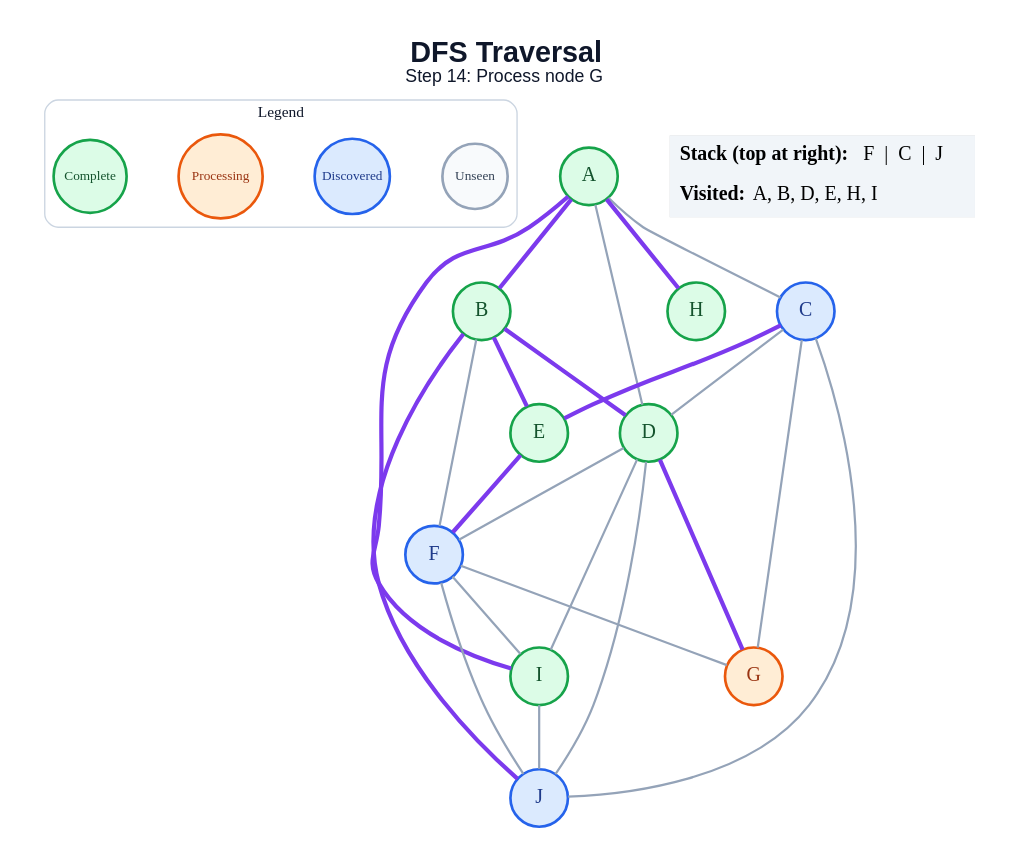
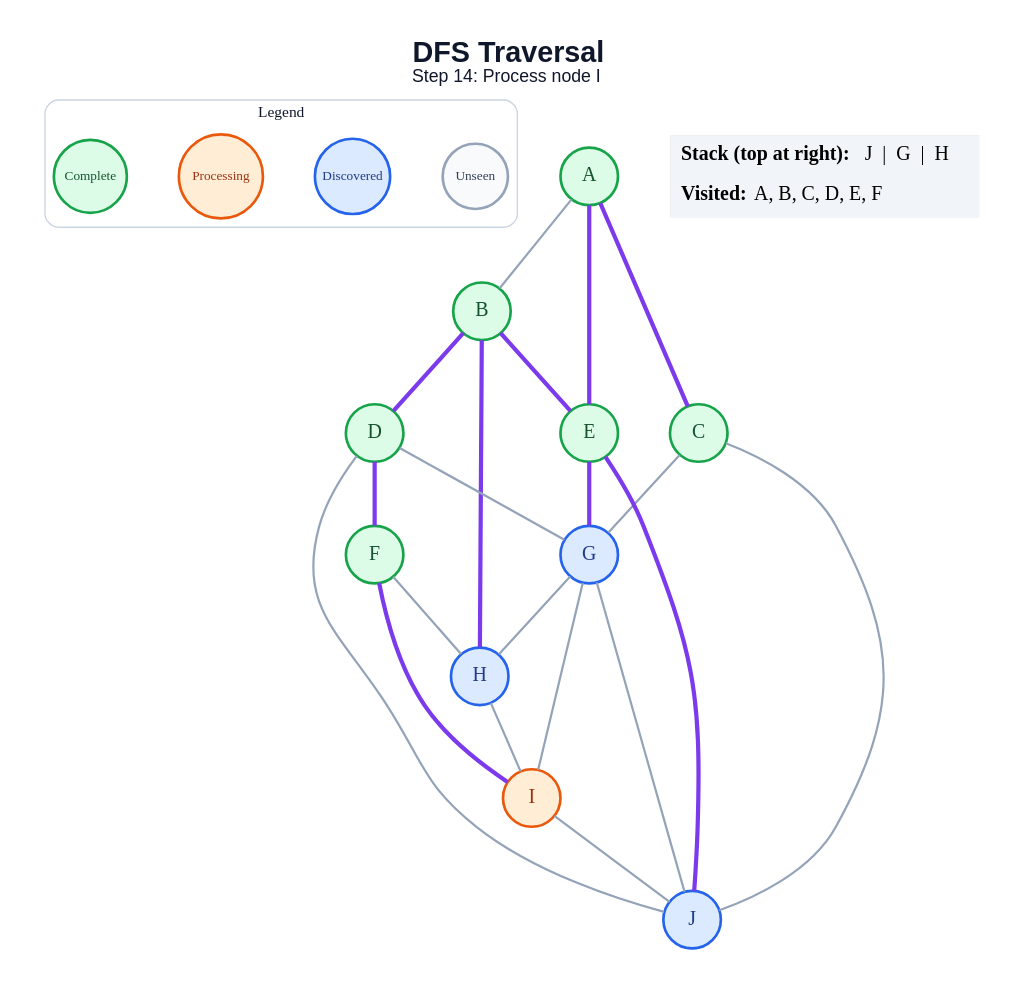
Before and after one commit to anon7238593-create/ai-slop: the diagram in generated/specific-node/dfs/step_14.dot, drawn with Graphviz. The commit also changed 171 other files, not shown here.

```diff
--- a/generated/specific-node/dfs/step_14.dot
+++ b/generated/specific-node/dfs/step_14.dot
@@ -1,51 +1,49 @@
 graph traversal {
   graph [layout=dot, rankdir=TB, bgcolor="#FFFFFF", pad="0.35", nodesep="0.65", ranksep="0.8", fontname="Arial"];
   node [shape=circle, style="filled", fontname="Arial Bold", fontsize=18, width=0.72, fixedsize=true, penwidth=2.4];
   edge [color="#94A3B8", penwidth=2.0];
-  label=<<B>DFS Traversal</B><BR/><FONT POINT-SIZE="16">Step 14: Process node G</FONT>>; labelloc="t"; fontsize=26; fontname="Arial"; fontcolor="#0F172A";
+  label=<<B>DFS Traversal</B><BR/><FONT POINT-SIZE="16">Step 14: Process node I</FONT>>; labelloc="t"; fontsize=26; fontname="Arial"; fontcolor="#0F172A";
   subgraph cluster_legend { label="Legend"; color="#CBD5E1"; penwidth=1.2; style="rounded"; fontsize=14; fontname="Arial Bold";
     key_unseen [label="Unseen", fillcolor="#F8FAFC", color="#94A3B8", fontcolor="#334155", fontsize=12, width=0.82];
     key_frontier [label="Discovered", fillcolor="#DBEAFE", color="#2563EB", fontcolor="#1E3A8A", fontsize=12, width=0.95];
     key_current [label="Processing", fillcolor="#FFEDD5", color="#EA580C", fontcolor="#9A3412", fontsize=12, width=1.05];
     key_done [label="Complete", fillcolor="#DCFCE7", color="#16A34A", fontcolor="#14532D", fontsize=12, width=0.92];
     { rank=same; key_unseen; key_frontier; key_current; key_done; }
   }
   A [fillcolor="#DCFCE7", color="#16A34A", fontcolor="#14532D"];
   B [fillcolor="#DCFCE7", color="#16A34A", fontcolor="#14532D"];
-  C [fillcolor="#DBEAFE", color="#2563EB", fontcolor="#1E3A8A"];
+  C [fillcolor="#DCFCE7", color="#16A34A", fontcolor="#14532D"];
   D [fillcolor="#DCFCE7", color="#16A34A", fontcolor="#14532D"];
   E [fillcolor="#DCFCE7", color="#16A34A", fontcolor="#14532D"];
-  F [fillcolor="#DBEAFE", color="#2563EB", fontcolor="#1E3A8A"];
-  G [fillcolor="#FFEDD5", color="#EA580C", fontcolor="#9A3412"];
-  H [fillcolor="#DCFCE7", color="#16A34A", fontcolor="#14532D"];
-  I [fillcolor="#DCFCE7", color="#16A34A", fontcolor="#14532D"];
+  F [fillcolor="#DCFCE7", color="#16A34A", fontcolor="#14532D"];
+  G [fillcolor="#DBEAFE", color="#2563EB", fontcolor="#1E3A8A"];
+  H [fillcolor="#DBEAFE", color="#2563EB", fontcolor="#1E3A8A"];
+  I [fillcolor="#FFEDD5", color="#EA580C", fontcolor="#9A3412"];
   J [fillcolor="#DBEAFE", color="#2563EB", fontcolor="#1E3A8A"];
-  A -- B [color="#7C3AED", penwidth=3.8];
-  A -- C;
-  A -- D;
-  A -- H [color="#7C3AED", penwidth=3.8];
-  A -- I [color="#7C3AED", penwidth=3.8];
+  A -- B;
+  A -- C [color="#7C3AED", penwidth=3.8];
+  A -- E [color="#7C3AED", penwidth=3.8];
   B -- D [color="#7C3AED", penwidth=3.8];
   B -- E [color="#7C3AED", penwidth=3.8];
-  B -- F;
-  B -- J [color="#7C3AED", penwidth=3.8];
-  C -- D;
-  C -- E [color="#7C3AED", penwidth=3.8];
+  B -- H [color="#7C3AED", penwidth=3.8];
   C -- G;
   C -- J;
-  D -- F;
-  D -- G [color="#7C3AED", penwidth=3.8];
-  D -- I;
+  D -- F [color="#7C3AED", penwidth=3.8];
+  D -- G;
   D -- J;
-  E -- F [color="#7C3AED", penwidth=3.8];
-  F -- G;
-  F -- I;
-  F -- J;
+  E -- G [color="#7C3AED", penwidth=3.8];
+  E -- J [color="#7C3AED", penwidth=3.8];
+  F -- H;
+  F -- I [color="#7C3AED", penwidth=3.8];
+  G -- H;
+  G -- I;
+  G -- J;
+  H -- I;
   I -- J;
   status [shape=plain, fixedsize=false, width=0, height=0, margin=0, label=<
     <TABLE BORDER="0" CELLBORDER="0" CELLPADDING="7" BGCOLOR="#F1F5F9">
-      <TR><TD ALIGN="LEFT"><B>Stack (top at right):</B> F  |  C  |  J</TD></TR>
-      <TR><TD ALIGN="LEFT"><B>Visited:</B> A, B, D, E, H, I</TD></TR>
+      <TR><TD ALIGN="LEFT"><B>Stack (top at right):</B> J  |  G  |  H</TD></TR>
+      <TR><TD ALIGN="LEFT"><B>Visited:</B> A, B, C, D, E, F</TD></TR>
     </TABLE>
   >];
 }
```
